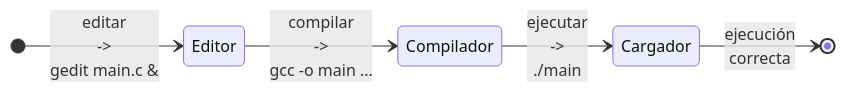
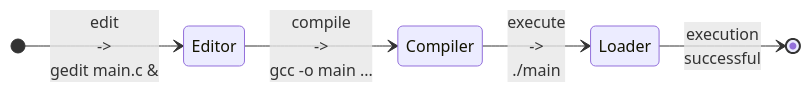
The first of 3 diagrams in materials/topic-candmake/ssdd_c.md (acaldero/uc3m_ds), drawn with Mermaid before and after one commit. The commit also changed other lines of this file, not shown here.

````diff
--- a/materials/topic-candmake/ssdd_c.md
+++ b/materials/topic-candmake/ssdd_c.md
@@ -47,12 +47,12 @@
   ```mermaid
     stateDiagram-v2
     direction LR
-    state "Editor"           as s_edit
-    state "Compilador"       as s_cc
-    state "Cargador"         as s_exe
+    state "Editor"         as s_edit
+    state "Compiler"       as s_cc
+    state "Loader"         as s_exe
 
-    [*]       --> s_edit:   editar   <br>-><br>  gedit main.c &
-    s_edit    --> s_cc:     compilar <br>-><br>  gcc -o main ...
-    s_cc      --> s_exe:    ejecutar <br>-><br>  ./main
-    s_exe     --> [*]:      ejecución<br> correcta
+    [*]       --> s_edit:   edit   <br>-><br>  gedit main.c &
+    s_edit    --> s_cc:     compile <br>-><br>  gcc -o main ...
+    s_cc      --> s_exe:    execute <br>-><br>  ./main
+    s_exe     --> [*]:      execution<br> successful
   ```
````
